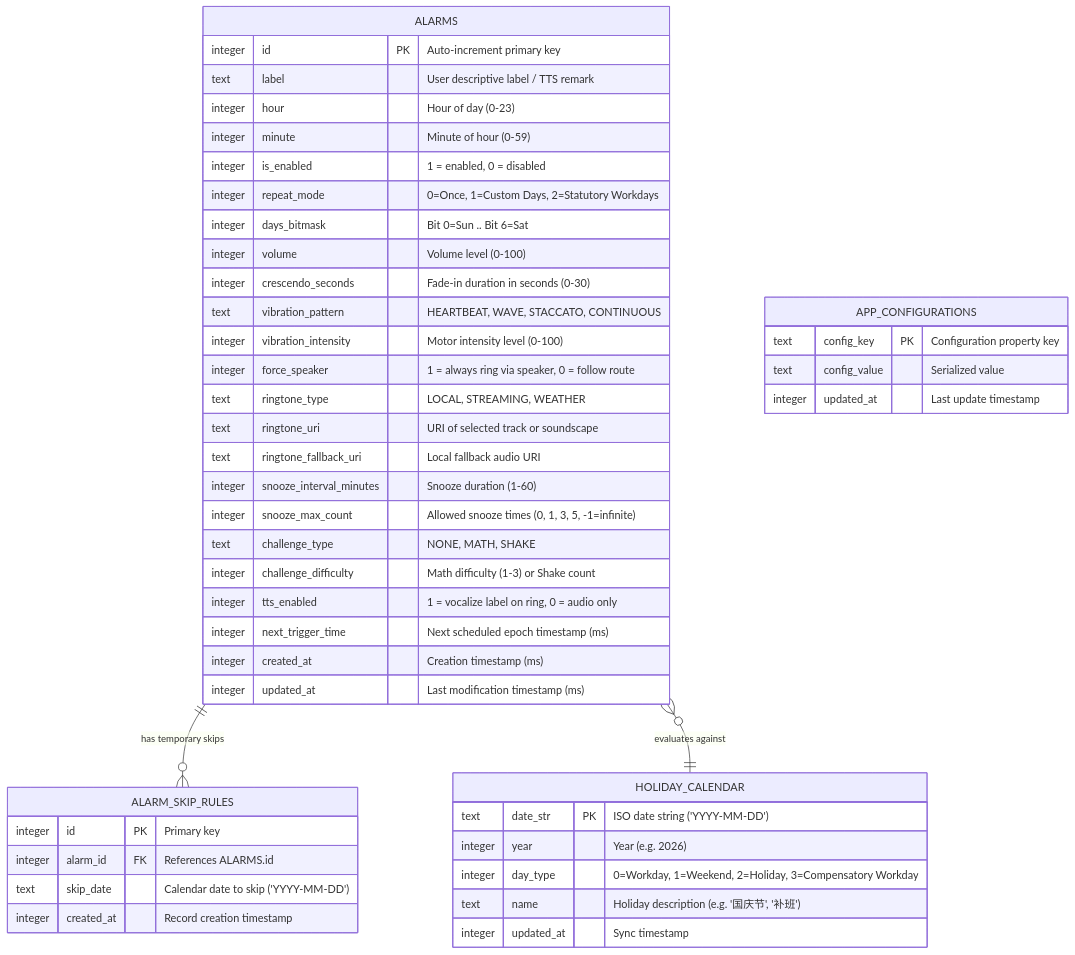
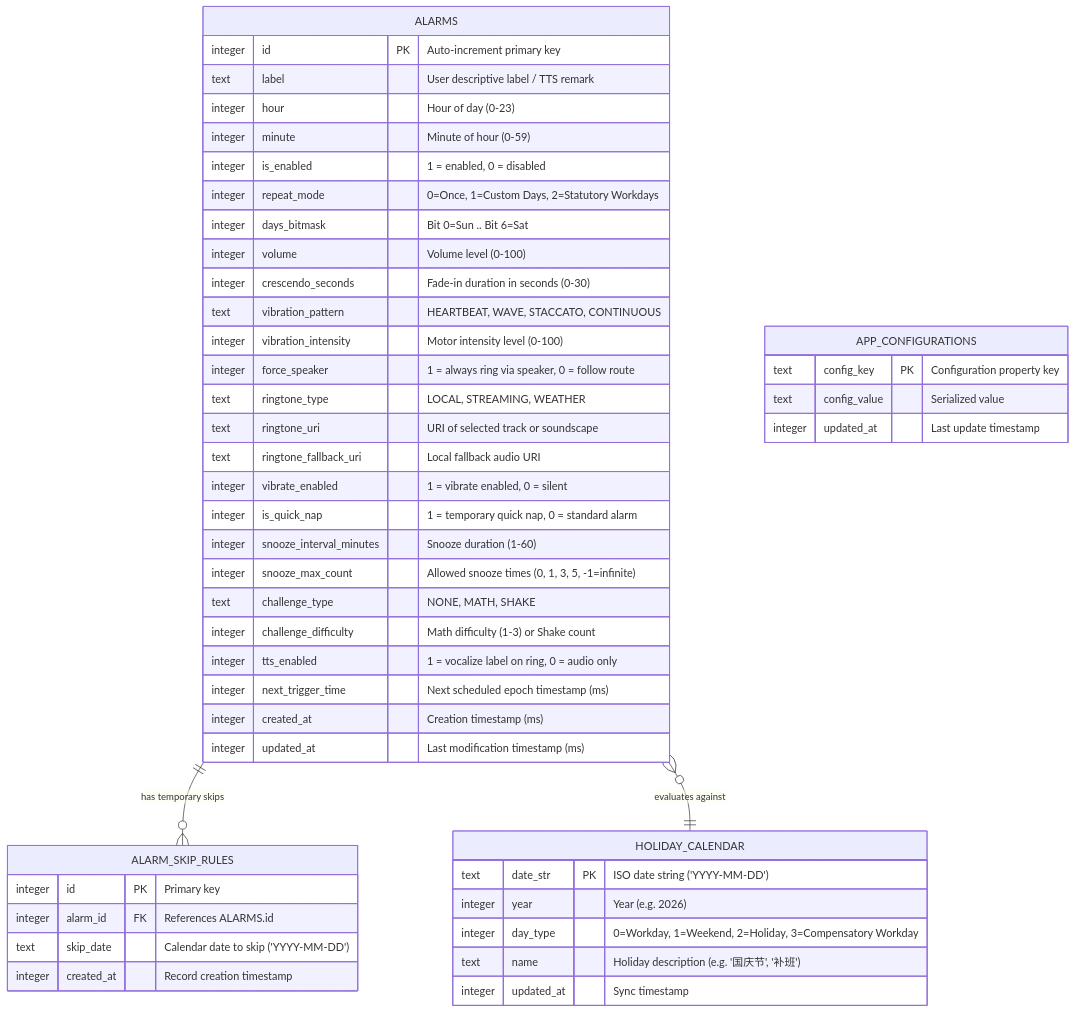
One commit to edompeng/alarm changed the first of 2 diagrams in specs/001-android-smart-alarm/data-model.md. Above: the diagram before and after it, drawn with Mermaid. The commit also changed other lines of this file and 5 other files, not shown here.

Commit message:
docs: update plan, research, data model, and contracts for vacation skip, wakeup, quick nap, and ringtone

````diff
--- a/specs/001-android-smart-alarm/data-model.md
+++ b/specs/001-android-smart-alarm/data-model.md
@@ -11,52 +11,54 @@
 ```mermaid
 erDiagram
     ALARMS ||--o{ ALARM_SKIP_RULES : "has temporary skips"
     ALARMS }o--|| HOLIDAY_CALENDAR : "evaluates against"
     
     ALARMS {
         integer id PK "Auto-increment primary key"
         text label "User descriptive label / TTS remark"
         integer hour "Hour of day (0-23)"
         integer minute "Minute of hour (0-59)"
         integer is_enabled "1 = enabled, 0 = disabled"
         integer repeat_mode "0=Once, 1=Custom Days, 2=Statutory Workdays"
         integer days_bitmask "Bit 0=Sun .. Bit 6=Sat"
         integer volume "Volume level (0-100)"
         integer crescendo_seconds "Fade-in duration in seconds (0-30)"
         text vibration_pattern "HEARTBEAT, WAVE, STACCATO, CONTINUOUS"
         integer vibration_intensity "Motor intensity level (0-100)"
         integer force_speaker "1 = always ring via speaker, 0 = follow route"
         text ringtone_type "LOCAL, STREAMING, WEATHER"
         text ringtone_uri "URI of selected track or soundscape"
         text ringtone_fallback_uri "Local fallback audio URI"
+        integer vibrate_enabled "1 = vibrate enabled, 0 = silent"
+        integer is_quick_nap "1 = temporary quick nap, 0 = standard alarm"
         integer snooze_interval_minutes "Snooze duration (1-60)"
         integer snooze_max_count "Allowed snooze times (0, 1, 3, 5, -1=infinite)"
         text challenge_type "NONE, MATH, SHAKE"
         integer challenge_difficulty "Math difficulty (1-3) or Shake count"
         integer tts_enabled "1 = vocalize label on ring, 0 = audio only"
         integer next_trigger_time "Next scheduled epoch timestamp (ms)"
         integer created_at "Creation timestamp (ms)"
         integer updated_at "Last modification timestamp (ms)"
     }
 
     ALARM_SKIP_RULES {
         integer id PK "Primary key"
         integer alarm_id FK "References ALARMS.id"
         text skip_date "Calendar date to skip ('YYYY-MM-DD')"
         integer created_at "Record creation timestamp"
     }
 
     HOLIDAY_CALENDAR {
         text date_str PK "ISO date string ('YYYY-MM-DD')"
         integer year "Year (e.g. 2026)"
         integer day_type "0=Workday, 1=Weekend, 2=Holiday, 3=Compensatory Workday"
         text name "Holiday description (e.g. '国庆节', '补班')"
         integer updated_at "Sync timestamp"
     }
 
     APP_CONFIGURATIONS {
         text config_key PK "Configuration property key"
         text config_value "Serialized value"
         integer updated_at "Last update timestamp"
     }
 ```
````
